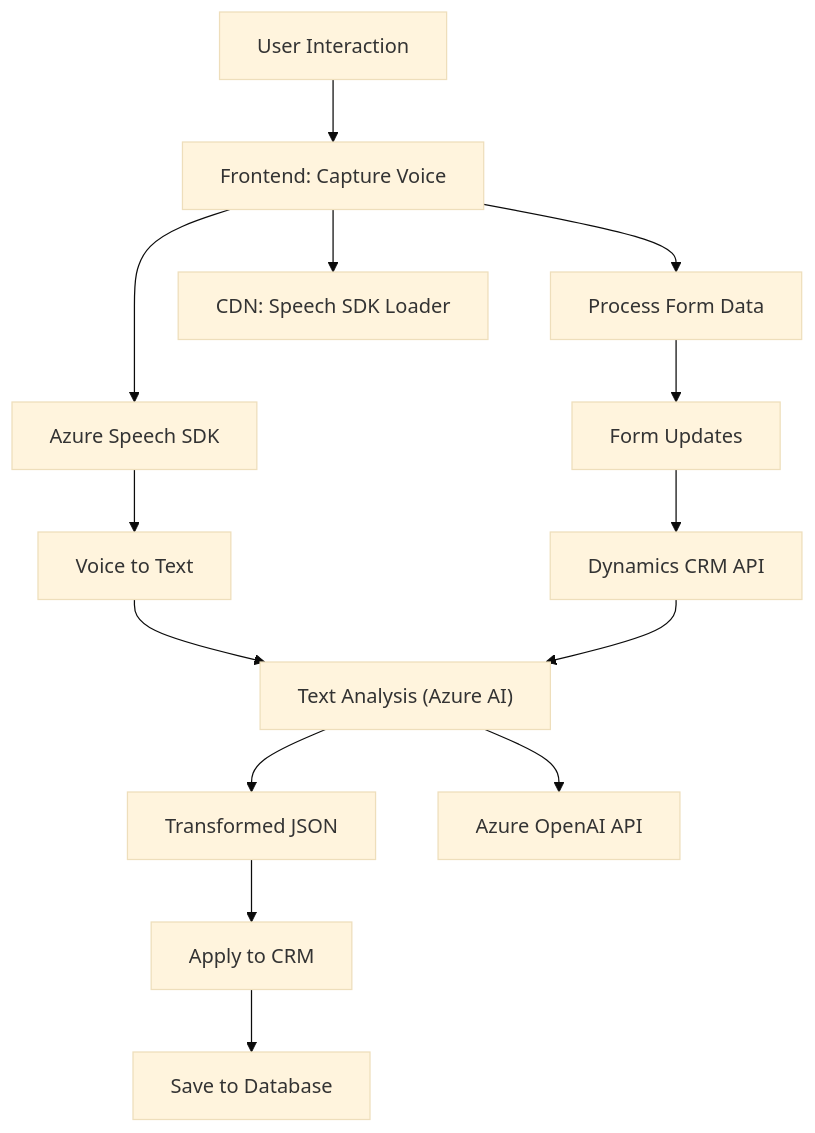
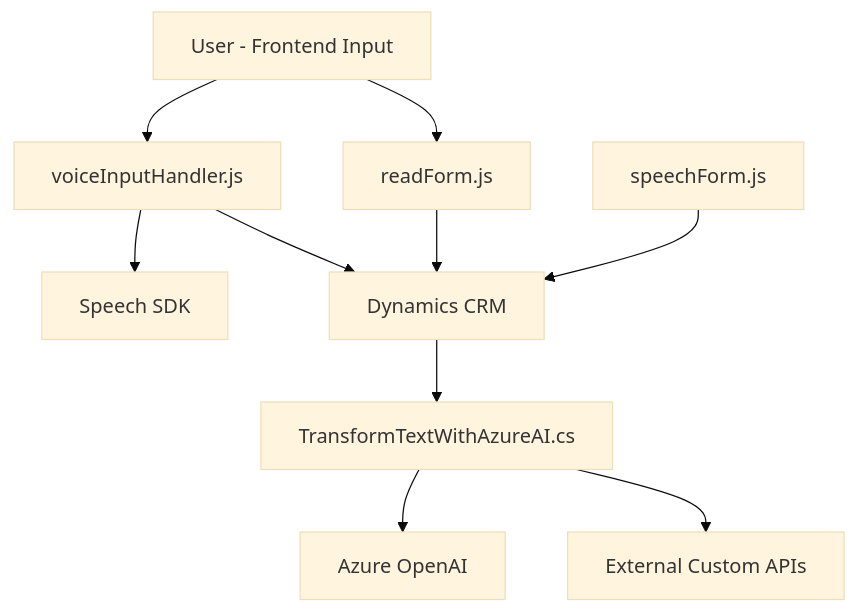
One commit to blopezdm/NETCORE_BILBAO2025 changed the diagram in README.md. Above: the diagram before and after it, drawn with Mermaid (base theme). The commit also changed other lines of this file, not shown here.

````diff
--- a/README.md
+++ b/README.md
@@ -39,16 +36,22 @@
 ```mermaid
 graph TD
-    A["User Interaction"] --> B["Frontend: Capture Voice"]
-    B --> C["Azure Speech SDK"]
-    B --> D["Process Form Data"]
-    C --> E["Voice to Text"]
-    D --> F["Form Updates"]
-    F --> G["Dynamics CRM API"]
-    E --> H["Text Analysis (Azure AI)"]
+    A["User - Frontend Input"]
+    B["voiceInputHandler.js"]
+    C["readForm.js"]
+    D["Speech SDK"]
+    E["speechForm.js"]
+    F["Dynamics CRM"]
+    G["TransformTextWithAzureAI.cs"]
+    H["Azure OpenAI"]
+    I["External Custom APIs"]
+
+    A --> B
+    A --> C
+    B --> D
+    C --> F
+    E --> F
+    B --> F
+    F --> G
     G --> H
-    H --> I["Transformed JSON"]
-    I --> J["Apply to CRM"]
-    J --> K["Save to Database"]
-    B --> L["CDN: Speech SDK Loader"]
-    H --> M["Azure OpenAI API"]
+    G --> I
 ```
````
